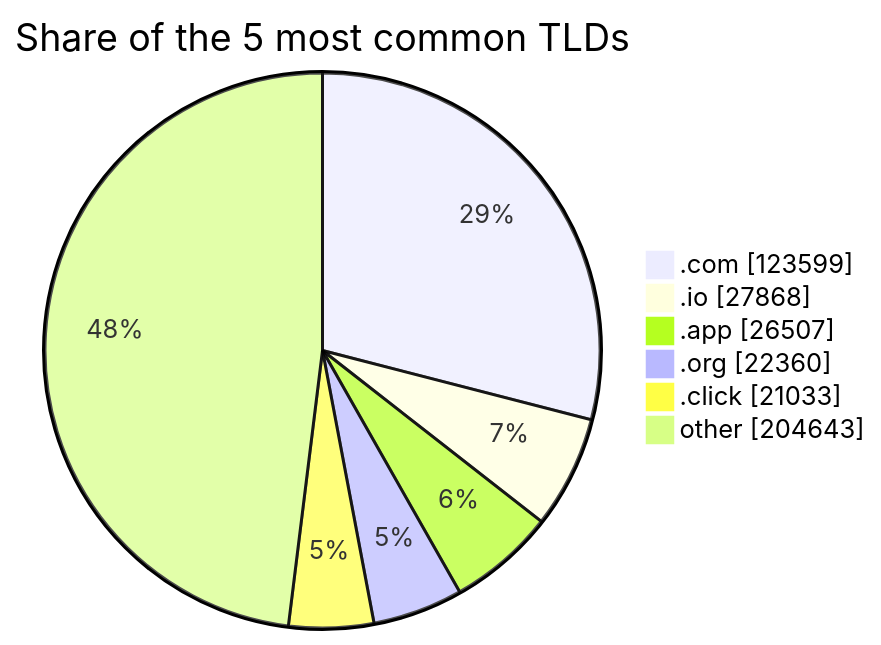
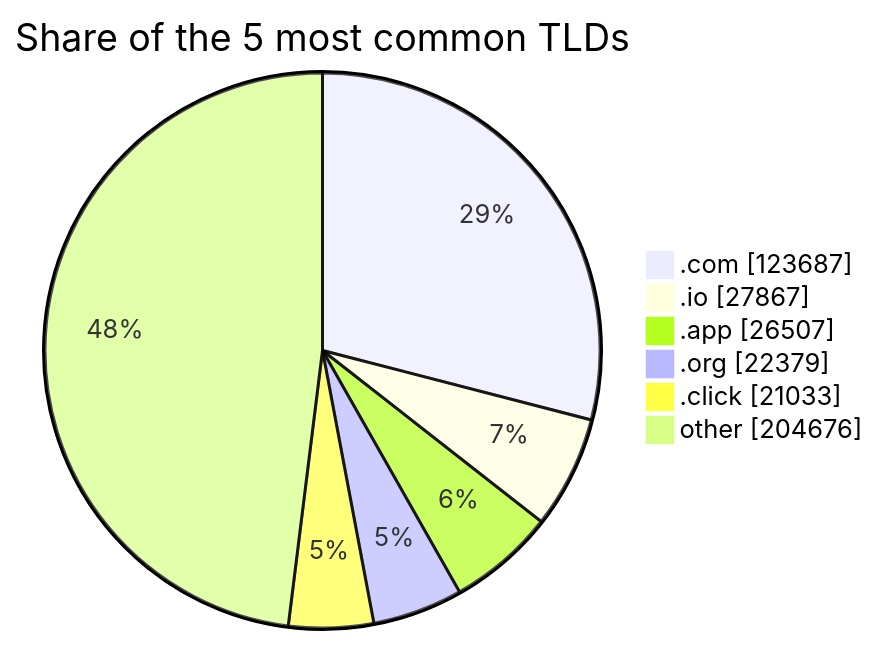
One commit to DNSBunker/CTI changed the third of 3 diagrams in README.md. Above: the diagram before and after it, drawn with Mermaid. The commit also changed other lines of this file and 3 other files, not shown here.

````diff
--- a/README.md
+++ b/README.md
@@ -81,9 +81,9 @@
 ```mermaid
 pie showData title Share of the 5 most common TLDs
-    ".com" : 123599
-    ".io" : 27868
+    ".com" : 123687
+    ".io" : 27867
     ".app" : 26507
-    ".org" : 22360
+    ".org" : 22379
     ".click" : 21033
-    "other" : 204643
+    "other" : 204676
 ```
````
